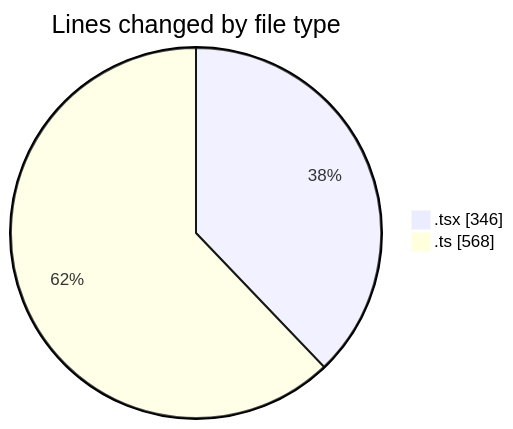
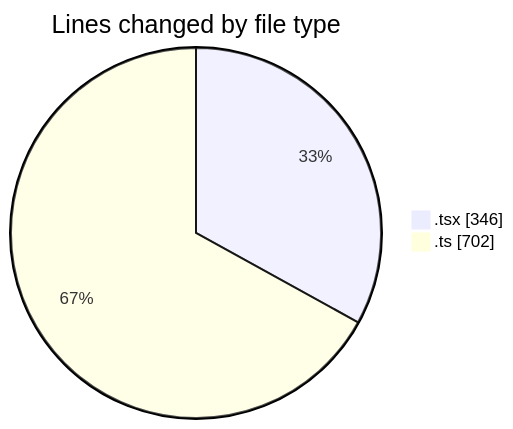
The first of 2 diagrams in 2026-02-05/nxtqube_webapp/README.md (nxtqubesakshisongat/code-tracking), drawn with Mermaid before and after one commit. The commit also changed other lines of this file and 1 other file, not shown here.

````diff
--- a/2026-02-05/nxtqube_webapp/README.md
+++ b/2026-02-05/nxtqube_webapp/README.md
@@ -23,6 +24,6 @@
 ```mermaid
 pie showData
 title Lines changed by file type
 ".tsx" : 346
-".ts" : 568
+".ts" : 702
 ```
````
